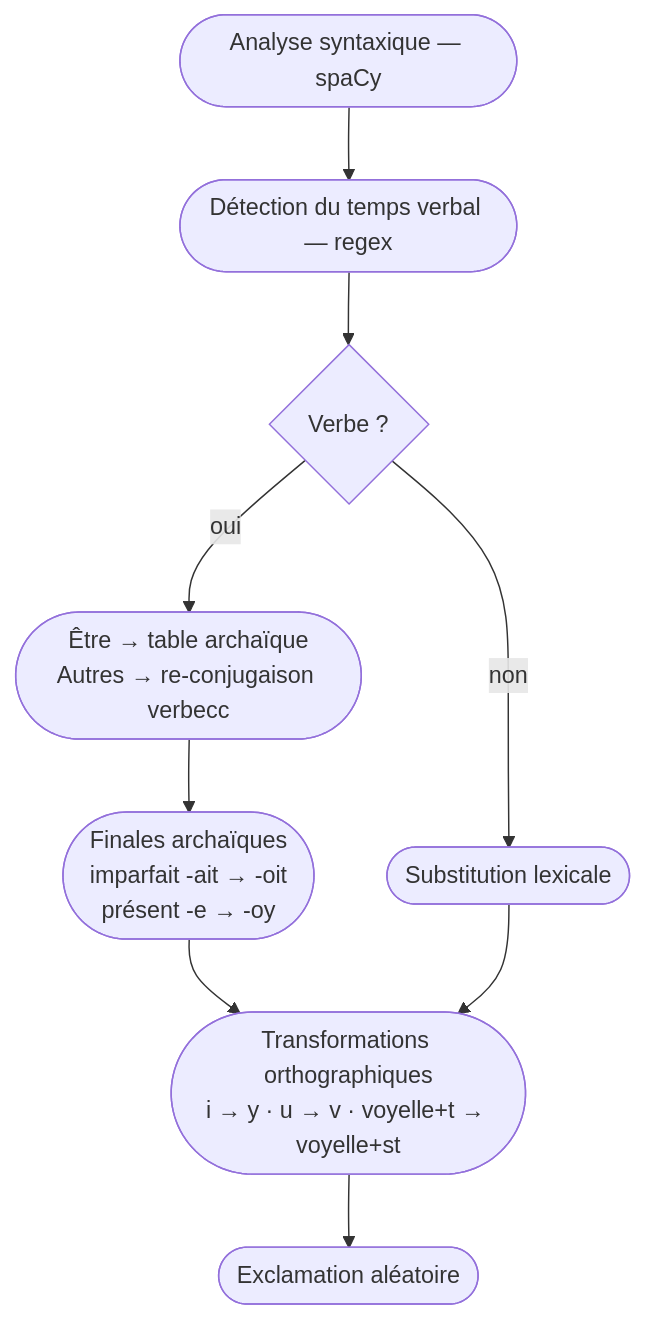
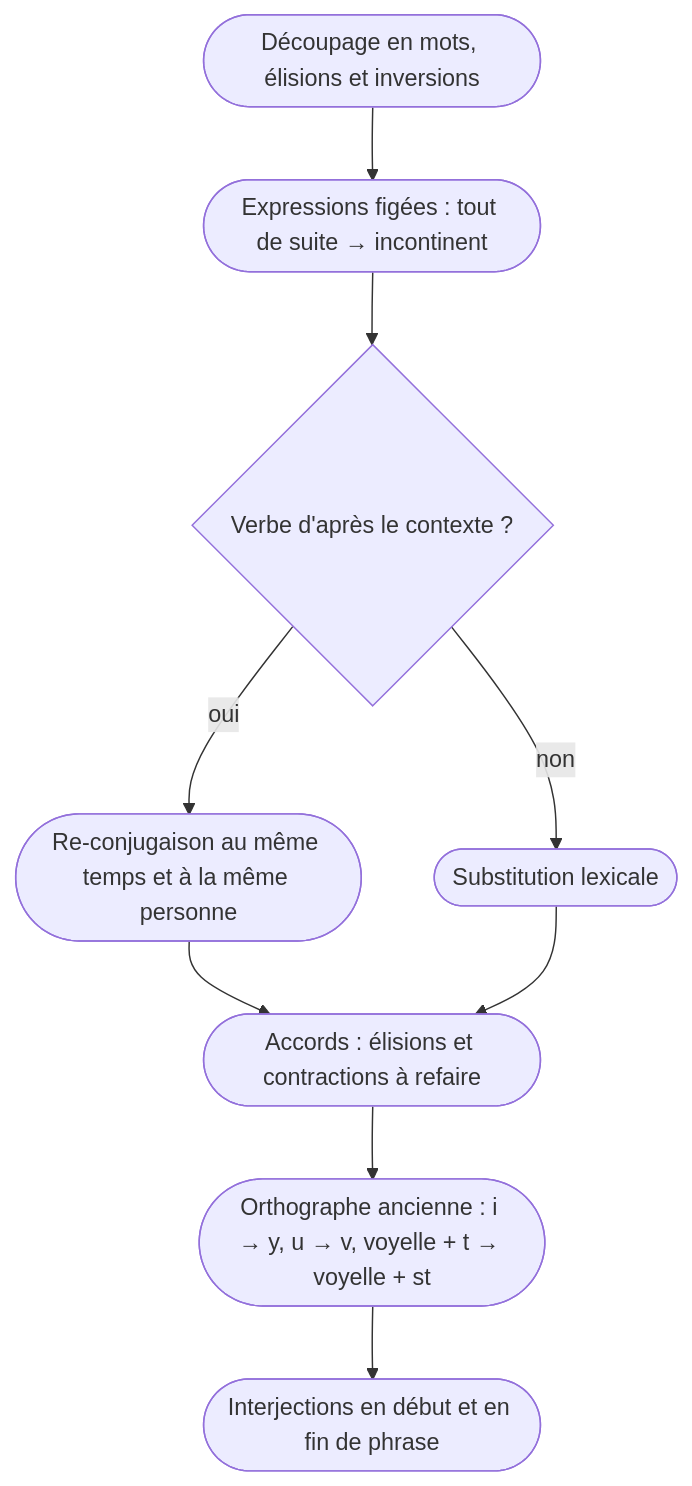
The diagram in README.md (XNinety9/vetuste_scripteur), drawn with Mermaid before and after one commit. The commit also changed other lines of this file and 38 other files, not shown here.

````diff
--- a/README.md
+++ b/README.md
@@ -54,13 +138,13 @@
 ```mermaid
 graph TD
-    A([Analyse syntaxique — spaCy]) --> B
-    B([Détection du temps verbal — regex]) --> C
-    C{Verbe ?}
-    C -- oui --> D([Être → table archaïque\nAutres → re-conjugaison verbecc])
+    A([Découpage en mots, élisions et inversions]) --> B
+    B([Expressions figées : tout de suite → incontinent]) --> C
+    C{Verbe d'après le contexte ?}
+    C -- oui --> D([Re-conjugaison au même temps et à la même personne])
     C -- non --> E([Substitution lexicale])
-    D --> F([Finales archaïques\nimparfait -ait → -oit\nprésent -e → -oy])
-    F --> G
-    E --> G
-    G([Transformations orthographiques\ni → y · u → v · voyelle+t → voyelle+st])
-    G --> H([Exclamation aléatoire])
+    D --> F
+    E --> F
+    F([Accords : élisions et contractions à refaire]) --> G
+    G([Orthographe ancienne : i → y, u → v, voyelle + t → voyelle + st]) --> H
+    H([Interjections en début et en fin de phrase])
 ```
````
